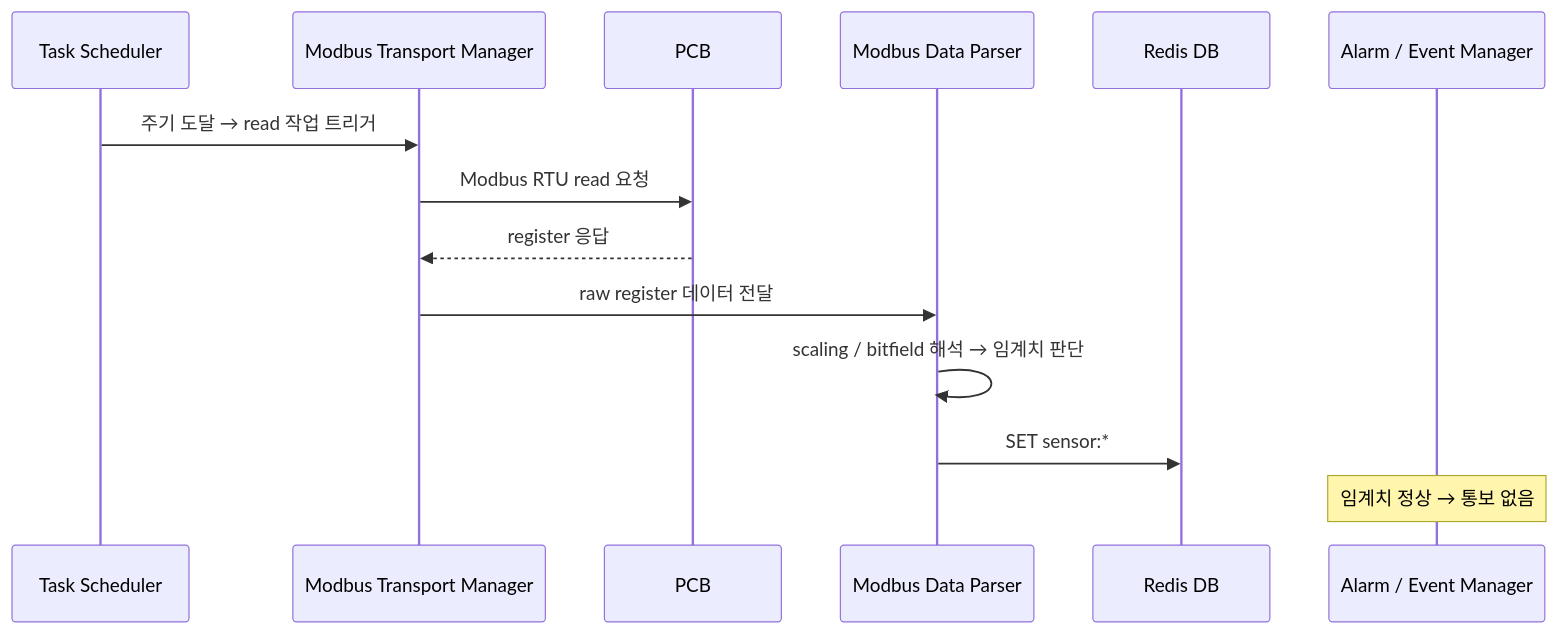
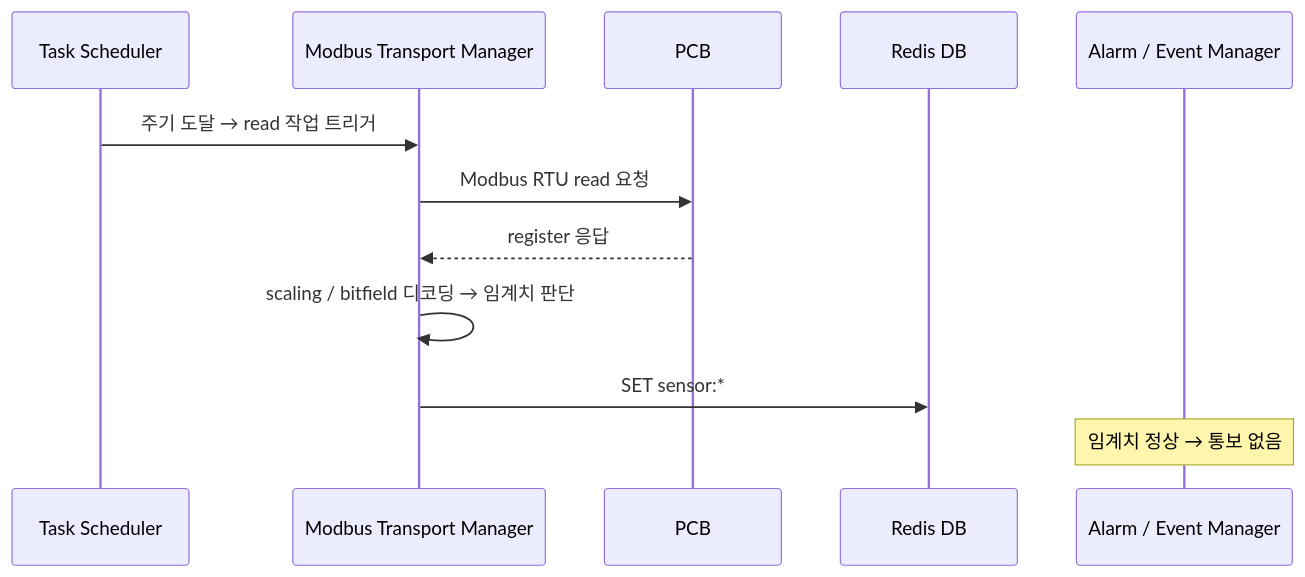
The first of 3 diagrams in docs/PCG.md (DEEPGadget/L2A_CDU_system), drawn with Mermaid before and after one commit. The commit also changed other lines of this file and 25 other files, not shown here.

````diff
--- a/docs/PCG.md
+++ b/docs/PCG.md
@@ -122,17 +167,15 @@
 ```mermaid
 sequenceDiagram
     participant PS as Task Scheduler
     participant MTM as Modbus Transport Manager
     participant PCB as PCB
-    participant MDP as Modbus Data Parser
     participant Redis as Redis DB
     participant AEM as Alarm / Event Manager
 
     PS->>MTM: 주기 도달 → read 작업 트리거
     MTM->>PCB: Modbus RTU read 요청
     PCB-->>MTM: register 응답
-    MTM->>MDP: raw register 데이터 전달
-    MDP->>MDP: scaling / bitfield 해석 → 임계치 판단
-    MDP->>Redis: SET sensor:*
+    MTM->>MTM: scaling / bitfield 디코딩 → 임계치 판단
+    MTM->>Redis: SET sensor:*
     Note over AEM: 임계치 정상 → 통보 없음
 ```
````
